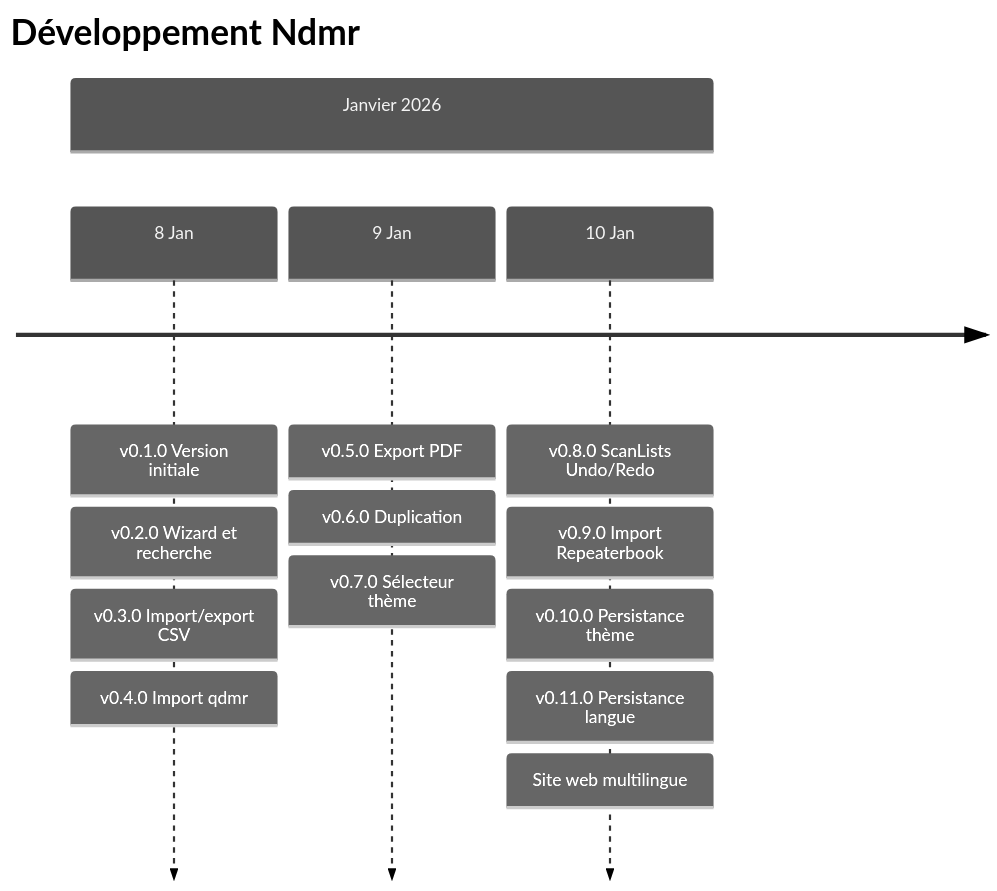
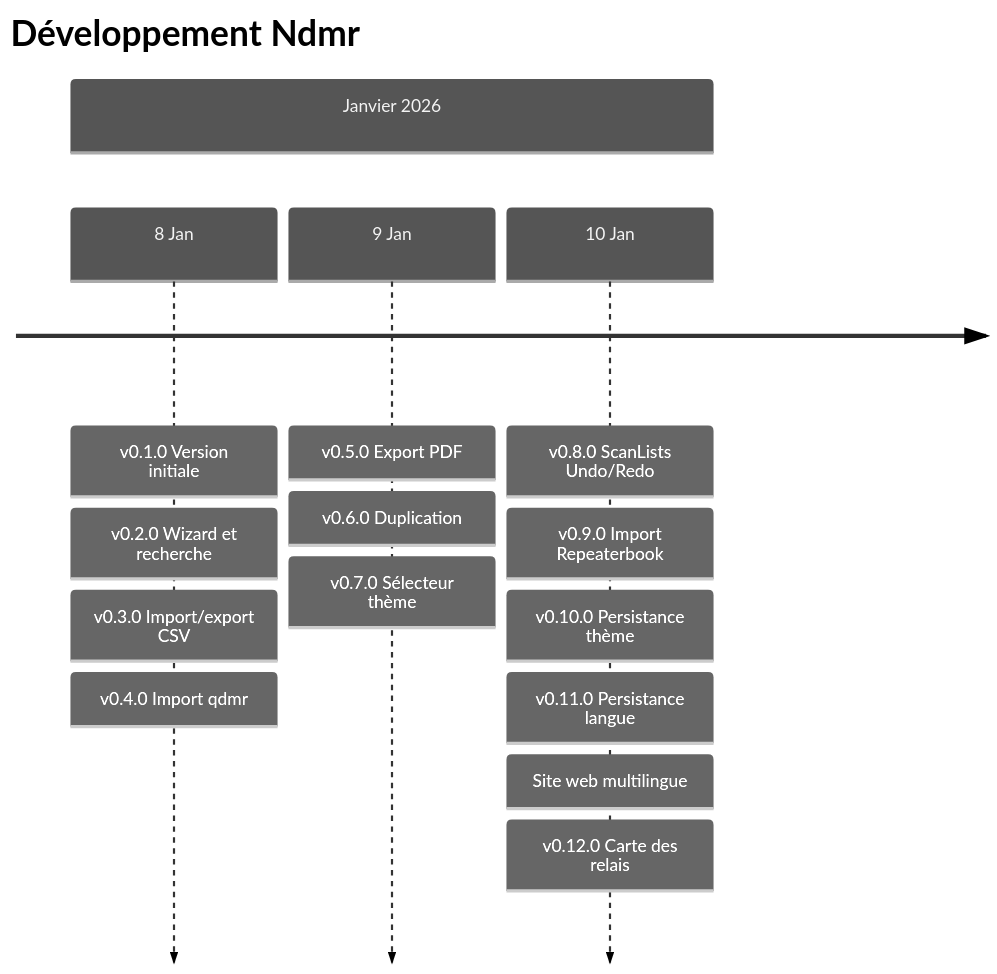
The diagram in TIMELINE.md (feraudet/ndmr), drawn with Mermaid (neutral theme) before and after one commit. The commit also changed other lines of this file, not shown here.

First line of the commit message:
docs: update timeline with v0.12.0 release

````diff
--- a/TIMELINE.md
+++ b/TIMELINE.md
@@ -198,17 +223,18 @@
 ```mermaid
 timeline
     title Développement Ndmr
     section Janvier 2026
         8 Jan : v0.1.0 Version initiale
               : v0.2.0 Wizard et recherche
               : v0.3.0 Import/export CSV
               : v0.4.0 Import qdmr
         9 Jan : v0.5.0 Export PDF
               : v0.6.0 Duplication
               : v0.7.0 Sélecteur thème
         10 Jan : v0.8.0 ScanLists Undo/Redo
                : v0.9.0 Import Repeaterbook
                : v0.10.0 Persistance thème
                : v0.11.0 Persistance langue
                : Site web multilingue
+               : v0.12.0 Carte des relais
 ```
````
